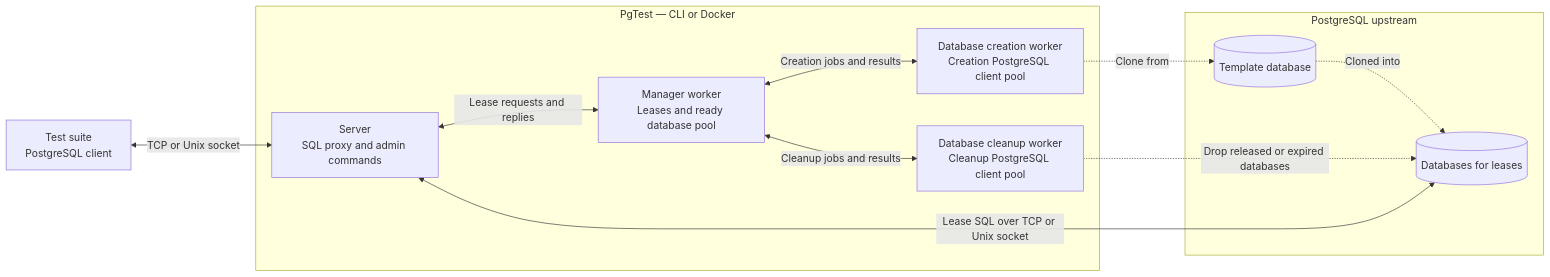
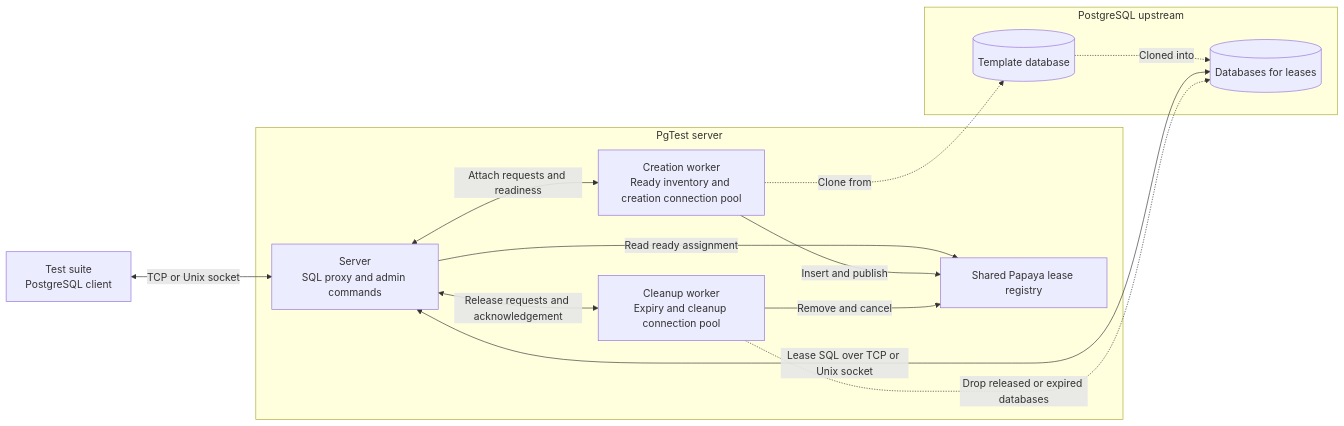
Before and after one commit to undefined-oss/pgTest: the diagram in README.md, drawn with Mermaid. The commit also changed other lines of this file and 118 other files, not shown here.

````diff
--- a/README.md
+++ b/README.md
@@ -369,26 +317,24 @@
 ```mermaid
 flowchart LR
     Tests["Test suite<br/>PostgreSQL client"]
-
-    subgraph PgTest["PgTest — CLI or Docker"]
+    subgraph PgTest["PgTest server"]
         Server["Server<br/>SQL proxy and admin commands"]
-        Manager["Manager worker<br/>Leases and ready database pool"]
-        Creation["Database creation worker<br/>Creation PostgreSQL client pool"]
-        Cleanup["Database cleanup worker<br/>Cleanup PostgreSQL client pool"]
-
-        Server <-->|Lease requests and replies| Manager
-        Manager <-->|Creation jobs and results| Creation
-        Manager <-->|Cleanup jobs and results| Cleanup
+        Registry["Shared Papaya lease registry"]
+        Creation["Creation worker<br/>Ready inventory and creation connection pool"]
+        Cleanup["Cleanup worker<br/>Expiry and cleanup connection pool"]
+        Server -->|Read ready assignment| Registry
+        Server <-->|Attach requests and readiness| Creation
+        Server <-->|Release requests and acknowledgement| Cleanup
+        Creation -->|Insert and publish| Registry
+        Cleanup -->|Remove and cancel| Registry
     end
-
     subgraph PostgreSQL["PostgreSQL upstream"]
         Template[(Template database)]
         Leased[(Databases for leases)]
         Template -.->|Cloned into| Leased
     end
-
     Tests <-->|TCP or Unix socket| Server
     Server <-->|Lease SQL over TCP or Unix socket| Leased
     Creation -.->|Clone from| Template
     Cleanup -.->|Drop released or expired databases| Leased
 ```
````
